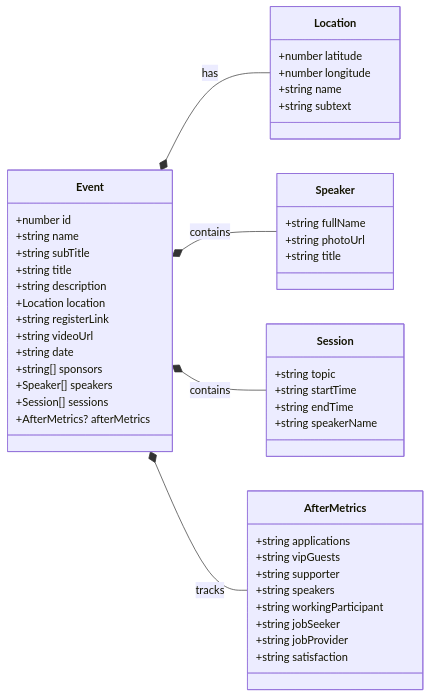
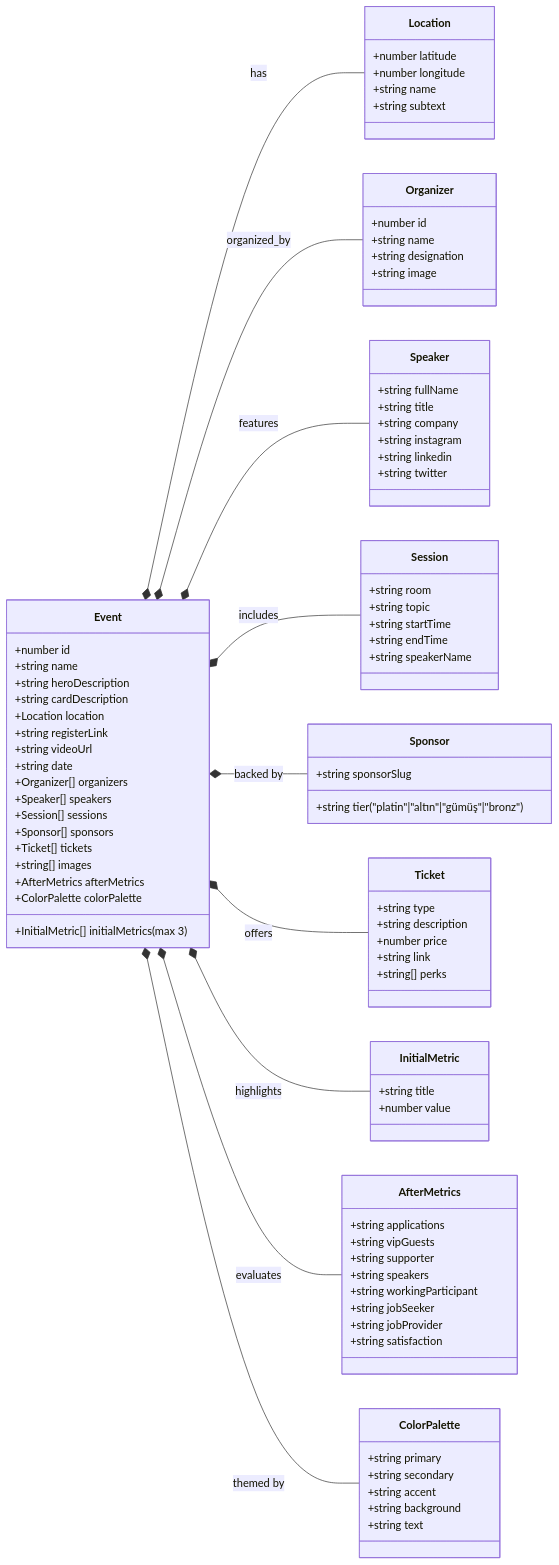
Before and after one commit to devmultigroup/multigroup-event-page: the diagram in README.md, drawn with Mermaid. The commit also changed other lines of this file and 17 other files, not shown here.

````diff
--- a/README.md
+++ b/README.md
@@ -37,17 +46,21 @@
     class Event {
         +number id
         +string name
-        +string subTitle
-        +string title
-        +string description
+        +string heroDescription
+        +string cardDescription
         +Location location
         +string registerLink
         +string videoUrl
         +string date
-        +string[] sponsors
+        +Organizer[] organizers
         +Speaker[] speakers
         +Session[] sessions
-        +AfterMetrics? afterMetrics
+        +Sponsor[] sponsors
+        +Ticket[] tickets
+        +string[] images
+        +InitialMetric[] initialMetrics (max 3)
+        +AfterMetrics afterMetrics
+        +ColorPalette colorPalette
     }
 
     class Location {
@@ -59,15 +72,44 @@
 
     class Speaker {
         +string fullName
-        +string photoUrl
         +string title
+        +string company
+        +string instagram
+        +string linkedin
+        +string twitter
+    }
+
+    class Organizer {
+        +number id
+        +string name
+        +string designation
+        +string image
     }
 
     class Session {
+        +string room
         +string topic
         +string startTime
         +string endTime
         +string speakerName
+    }
+
+    class Sponsor {
+        +string tier ("platin"|"altın"|"gümüş"|"bronz")
+        +string sponsorSlug
+    }
+
+    class Ticket {
+        +string type
+        +string description
+        +number price
+        +string link
+        +string[] perks
+    }
+
+    class InitialMetric {
+        +string title
+        +number value
     }
 
     class AfterMetrics {
@@ -81,8 +123,22 @@
         +string satisfaction
     }
 
+    class ColorPalette {
+        +string primary
+        +string secondary
+        +string accent
+        +string background
+        +string text
+    }
+
     Event *-- Location : has
-    Event *-- Speaker : contains
-    Event *-- Session : contains
-    Event *-- AfterMetrics : tracks
+    Event *-- Organizer : organized_by
+    Event *-- Speaker : features
+    Event *-- Session : includes
+    Event *-- Sponsor : backed by
+    Event *-- Ticket : offers
+    Event *-- InitialMetric : highlights
+    Event *-- AfterMetrics : evaluates
+    Event *-- ColorPalette : themed by
+
 ```
````
